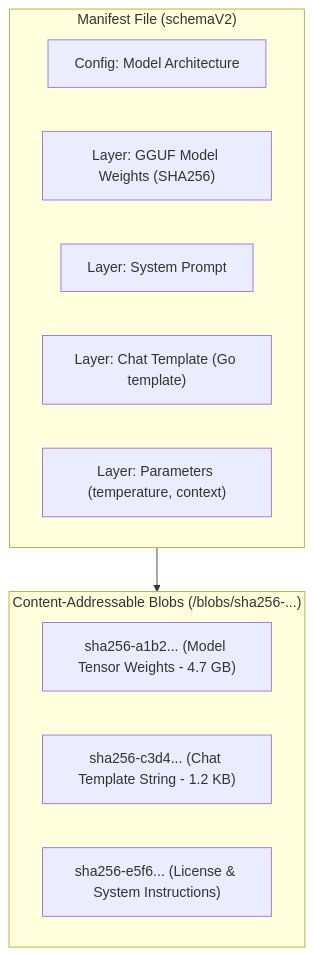
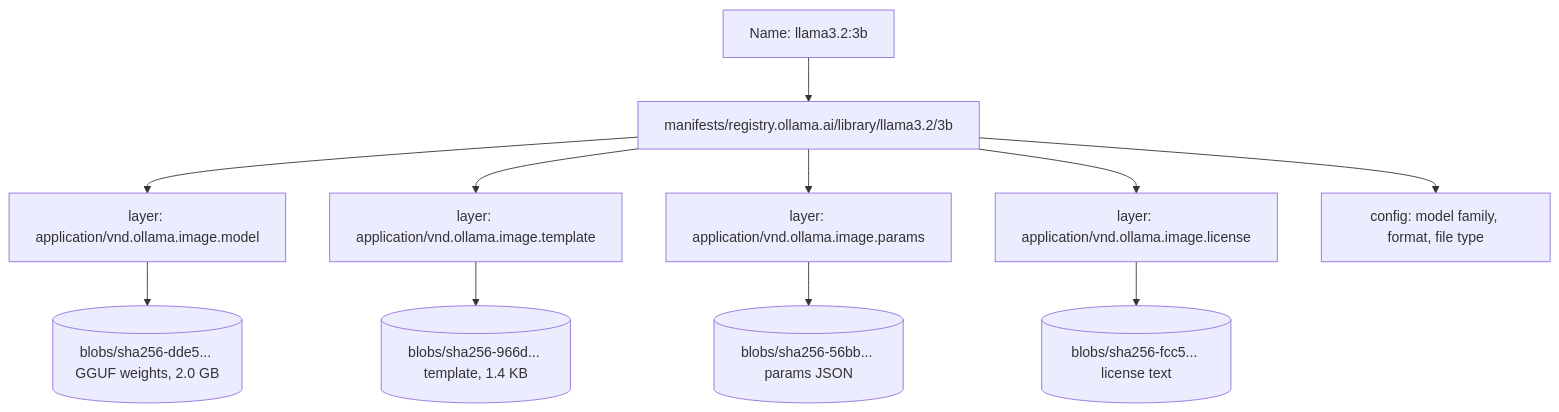
Before and after one commit to TheLearningHubOrg/learn-ollama: the sixth of 31 diagrams in README.md, drawn with Mermaid. The commit also changed other lines of this file and 37 other files, not shown here.

````diff
--- a/README.md
+++ b/README.md
@@ -152,18 +631,13 @@
 ```mermaid
 flowchart TD
-    subgraph Manifest["Manifest File (schemaV2)"]
-        M1["Config: Model Architecture"]
-        M2["Layer: GGUF Model Weights (SHA256)"]
-        M3["Layer: System Prompt"]
-        M4["Layer: Chat Template (Go template)"]
-        M5["Layer: Parameters (temperature, context)"]
-    end
-
-    subgraph Blobs["Content-Addressable Blobs (/blobs/sha256-...)"]
-        B1["sha256-a1b2... (Model Tensor Weights - 4.7 GB)"]
-        B2["sha256-c3d4... (Chat Template String - 1.2 KB)"]
-        B3["sha256-e5f6... (License & System Instructions)"]
-    end
-
-    Manifest --> Blobs
+    N["Name: llama3.2:3b"] --> M["manifests/registry.ollama.ai/library/llama3.2/3b"]
+    M --> L1["layer: application/vnd.ollama.image.model"]
+    M --> L2["layer: application/vnd.ollama.image.template"]
+    M --> L3["layer: application/vnd.ollama.image.params"]
+    M --> L4["layer: application/vnd.ollama.image.license"]
+    M --> CF["config: model family, format, file type"]
+    L1 --> B1[("blobs/sha256-dde5... GGUF weights, 2.0 GB")]
+    L2 --> B2[("blobs/sha256-966d... template, 1.4 KB")]
+    L3 --> B3[("blobs/sha256-56bb... params JSON")]
+    L4 --> B4[("blobs/sha256-fcc5... license text")]
 ```
````
